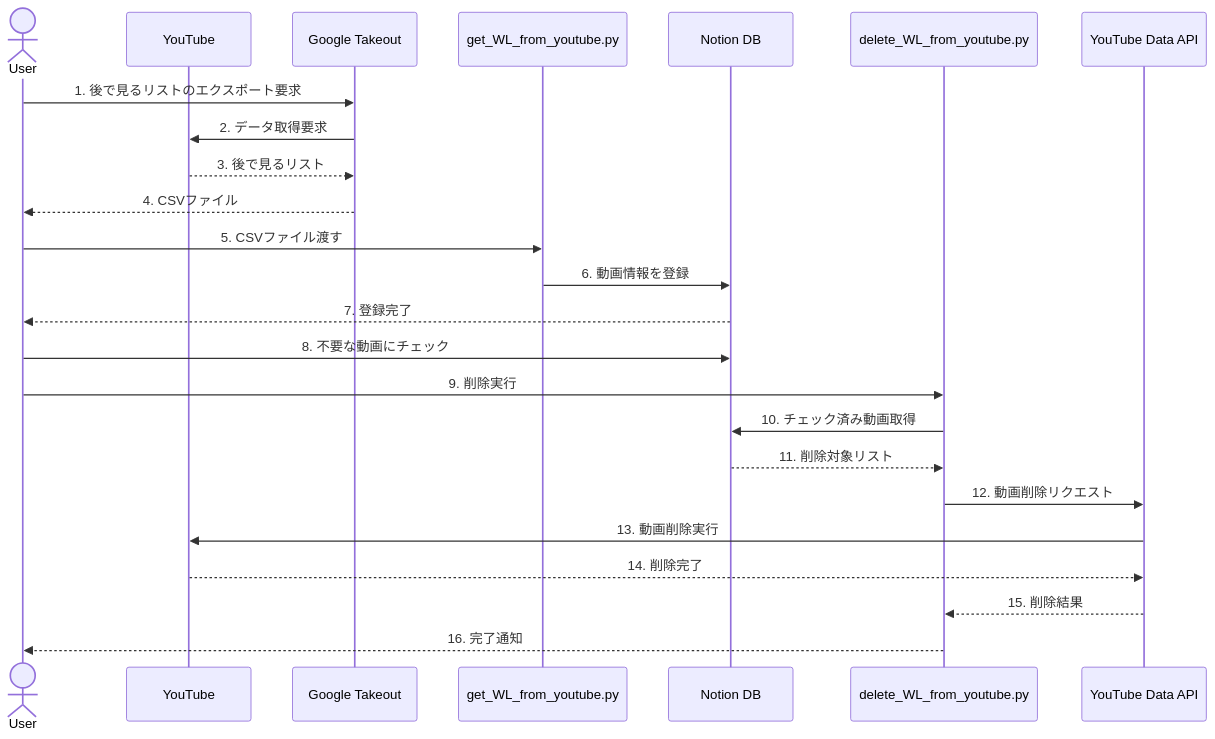
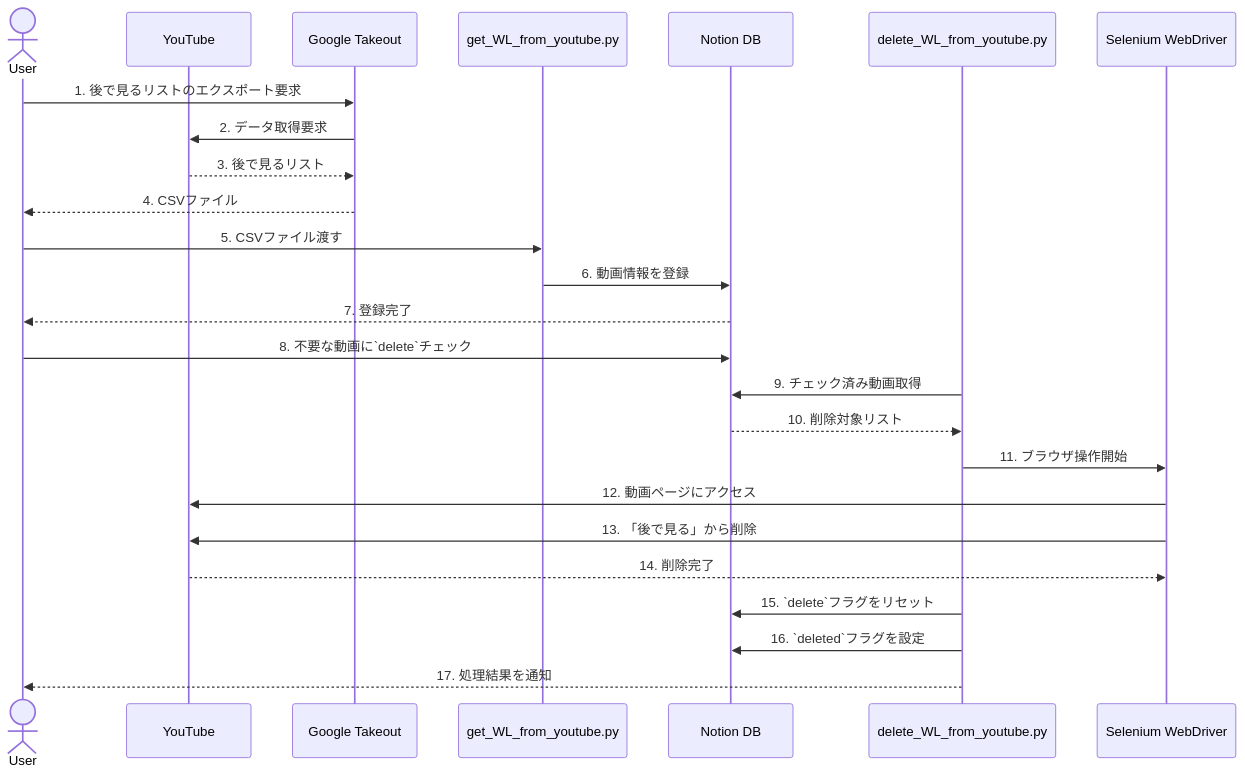
Before and after one commit to utanutan/notion_watchlist_manager: the diagram in readme.md, drawn with Mermaid. The commit also changed other lines of this file, not shown here.

````diff
--- a/readme.md
+++ b/readme.md
@@ -8,32 +8,33 @@
 ```mermaid
 sequenceDiagram
     actor User
     participant YT as YouTube
     participant GT as Google Takeout
     participant Py1 as get_WL_from_youtube.py
     participant ND as Notion DB
     participant Py2 as delete_WL_from_youtube.py
-    participant API as YouTube Data API
+    participant Sel as Selenium WebDriver
 
     %% データ取得フロー
     User->>GT: 1. 後で見るリストのエクスポート要求
     GT->>YT: 2. データ取得要求
     YT-->>GT: 3. 後で見るリスト
     GT-->>User: 4. CSVファイル
 
     %% Notionへの登録
     User->>Py1: 5. CSVファイル渡す
     Py1->>ND: 6. 動画情報を登録
     ND-->>User: 7. 登録完了
 
     %% 削除フロー
-    User->>ND: 8. 不要な動画にチェック
-    User->>Py2: 9. 削除実行
-    Py2->>ND: 10. チェック済み動画取得
-    ND-->>Py2: 11. 削除対象リスト
-    Py2->>API: 12. 動画削除リクエスト
-    API->>YT: 13. 動画削除実行
-    YT-->>API: 14. 削除完了
-    API-->>Py2: 15. 削除結果
-    Py2-->>User: 16. 完了通知
+    User->>ND: 8. 不要な動画に`delete`チェック
+    Py2->>ND: 9. チェック済み動画取得
+    ND-->>Py2: 10. 削除対象リスト
+    Py2->>Sel: 11. ブラウザ操作開始
+    Sel->>YT: 12. 動画ページにアクセス
+    Sel->>YT: 13. 「後で見る」から削除
+    YT-->>Sel: 14. 削除完了
+    Py2->>ND: 15. `delete`フラグをリセット
+    Py2->>ND: 16. `deleted`フラグを設定
+    Py2-->>User: 17. 処理結果を通知
 ```
````
